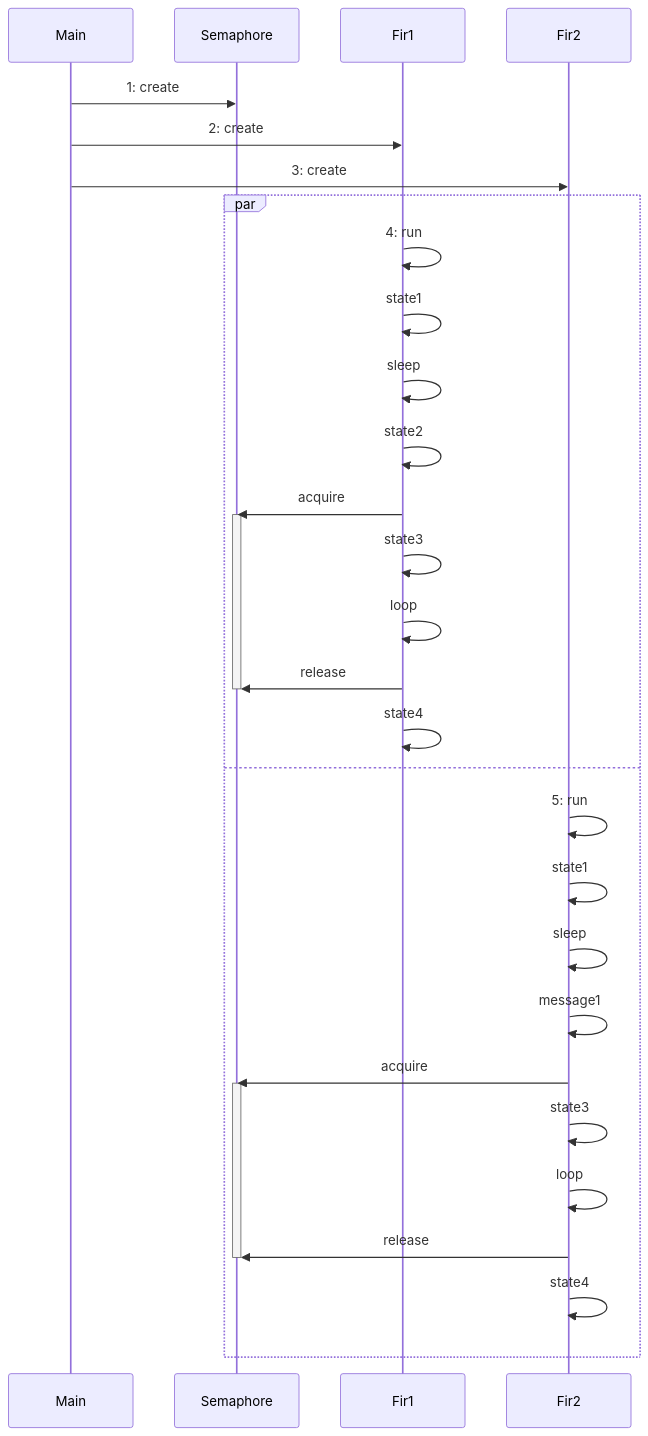
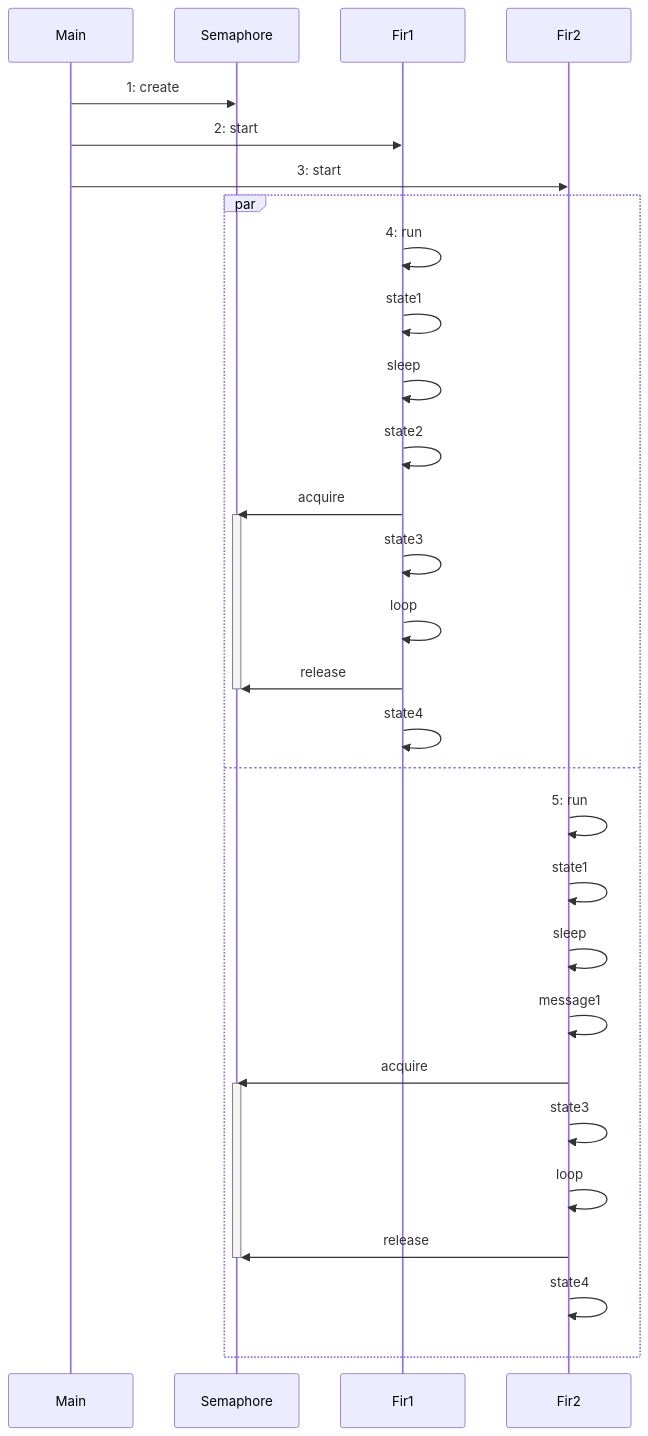
Before and after one commit to irealworlds/rts-laboratory: the diagram in src/Lab5/Application2/sequence-diagram.mermaid, drawn with Mermaid. The commit also changed 1 other file, not shown here.

```diff
--- a/src/Lab5/Application2/sequence-diagram.mermaid
+++ b/src/Lab5/Application2/sequence-diagram.mermaid
@@ -1,35 +1,35 @@
 sequenceDiagram
     participant Main
     participant Semaphore
     participant Fir1
     participant Fir2
 
     Main ->> Semaphore: 1: create
-    Main ->> Fir1: 2: create
-    Main ->> Fir2: 3: create
+    Main ->> Fir1: 2: start
+    Main ->> Fir2: 3: start
 
     par
         Fir1 ->> Fir1: 4: run
         Fir1 ->> Fir1: state1
         Fir1 ->> Fir1: sleep
         Fir1 ->> Fir1: state2
         Fir1 ->> Semaphore: acquire
         activate Semaphore
         Fir1 ->> Fir1: state3
         Fir1 ->> Fir1: loop
         Fir1 ->> Semaphore: release
         deactivate Semaphore
         Fir1 ->> Fir1: state4
     and
         Fir2 ->> Fir2: 5: run
         Fir2 ->> Fir2: state1
         Fir2 ->> Fir2: sleep
         Fir2 ->> Fir2: message1
         Fir2 ->> Semaphore: acquire
         activate Semaphore
         Fir2 ->> Fir2: state3
         Fir2 ->> Fir2: loop
         Fir2 ->> Semaphore: release
         deactivate Semaphore
         Fir2 ->> Fir2: state4
     end
```
